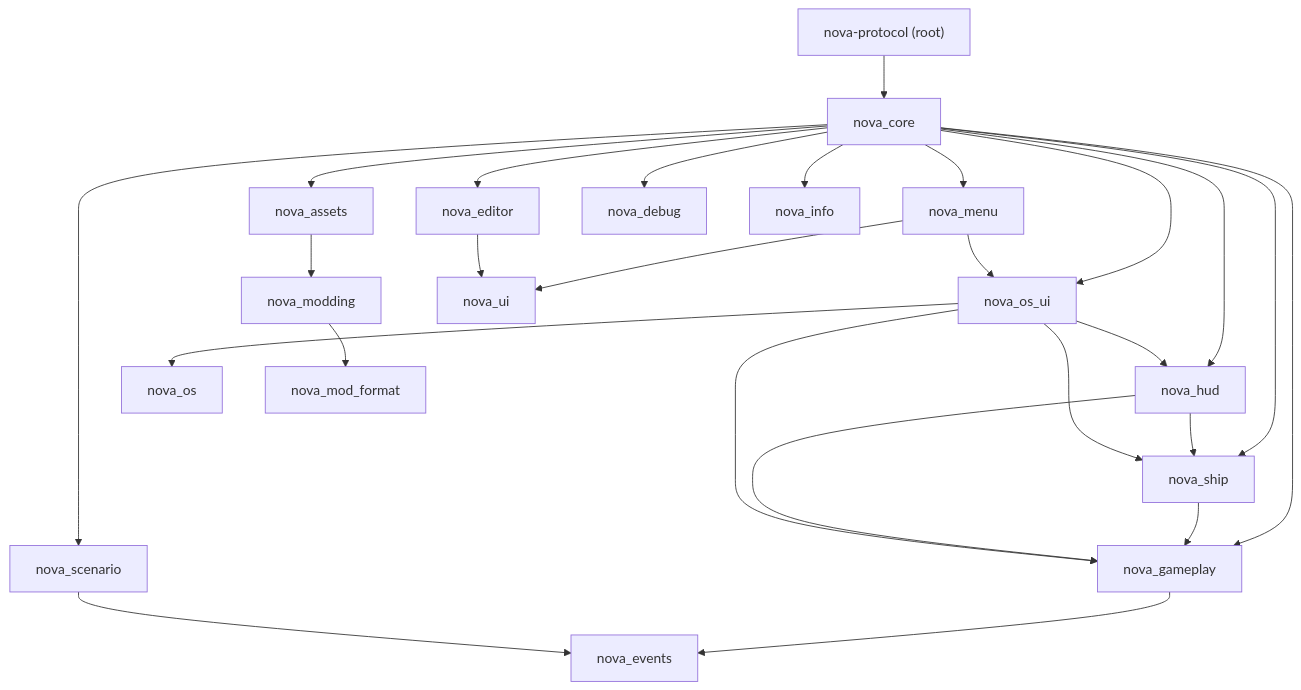
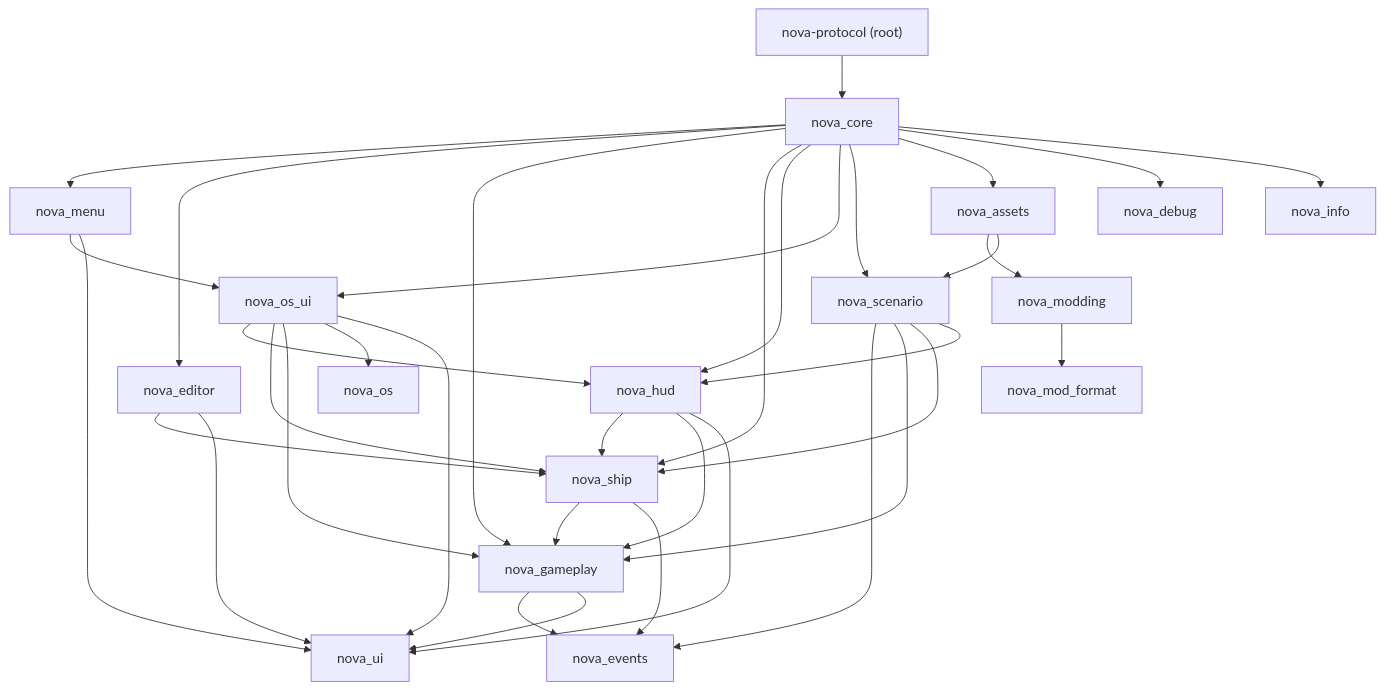
One commit to alexjercan/nova-protocol changed the first of 3 diagrams in web/src/wiki/dev/architecture.md. Above: the diagram before and after it, drawn with Mermaid. The commit also changed other lines of this file and 16 other files, not shown here.

````diff
--- a/web/src/wiki/dev/architecture.md
+++ b/web/src/wiki/dev/architecture.md
@@ -36,28 +41,37 @@
 ```mermaid
 graph TD
     root["nova-protocol (root)"] --> core["nova_core"]
     core --> menu["nova_menu"]
     core --> editor["nova_editor"]
     core --> gameplay["nova_gameplay"]
     core --> ship["nova_ship"]
     core --> hud["nova_hud"]
     core --> osui["nova_os_ui"]
     core --> scenario["nova_scenario"]
     core --> assets["nova_assets"]
     ship --> gameplay
+    ship --> events["nova_events"]
     hud --> ship
     hud --> gameplay
+    hud --> ui["nova_ui"]
     osui --> hud
     osui --> ship
     osui --> gameplay
     osui --> os["nova_os"]
+    osui --> ui
     menu --> osui
-    gameplay --> events["nova_events"]
+    menu --> ui
+    editor --> ship
+    editor --> ui
+    gameplay --> events
+    gameplay --> ui
     scenario --> events
+    scenario --> gameplay
+    scenario --> ship
+    scenario --> hud
     assets --> modding["nova_modding"]
+    assets --> scenario
     modding --> modfmt["nova_mod_format"]
-    menu --> ui["nova_ui"]
-    editor --> ui
     core --> debug["nova_debug"]
     core --> info["nova_info"]
 ```
````
